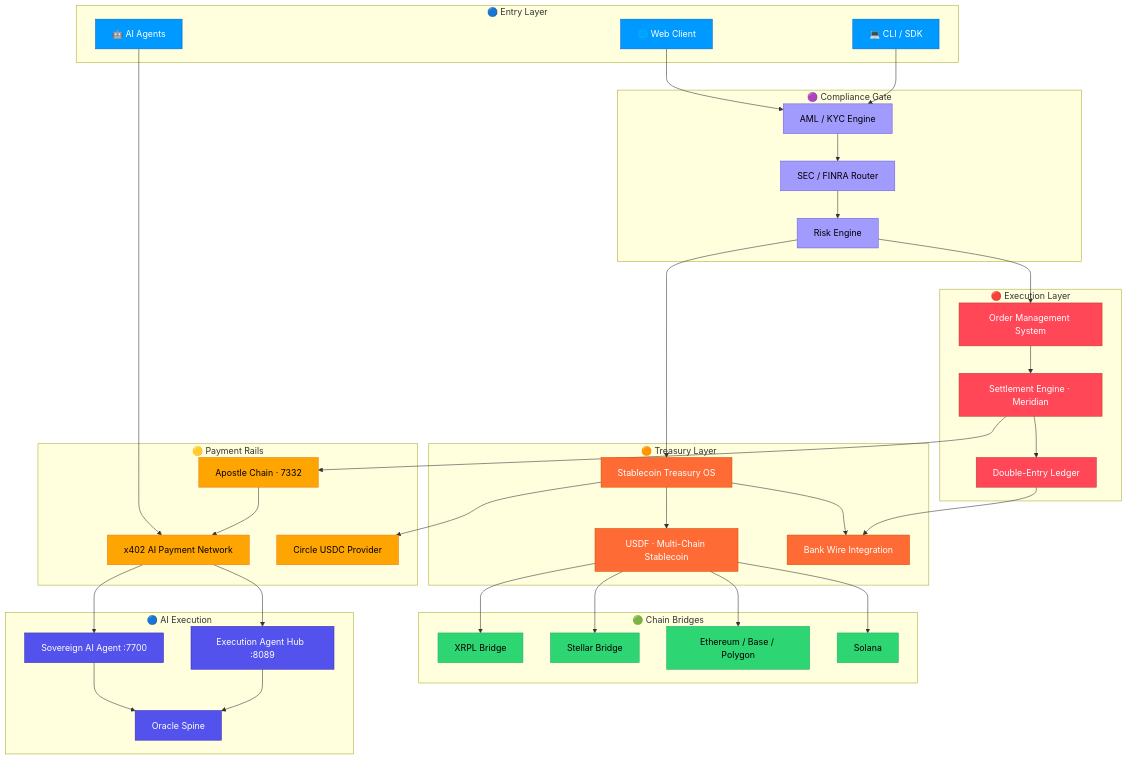
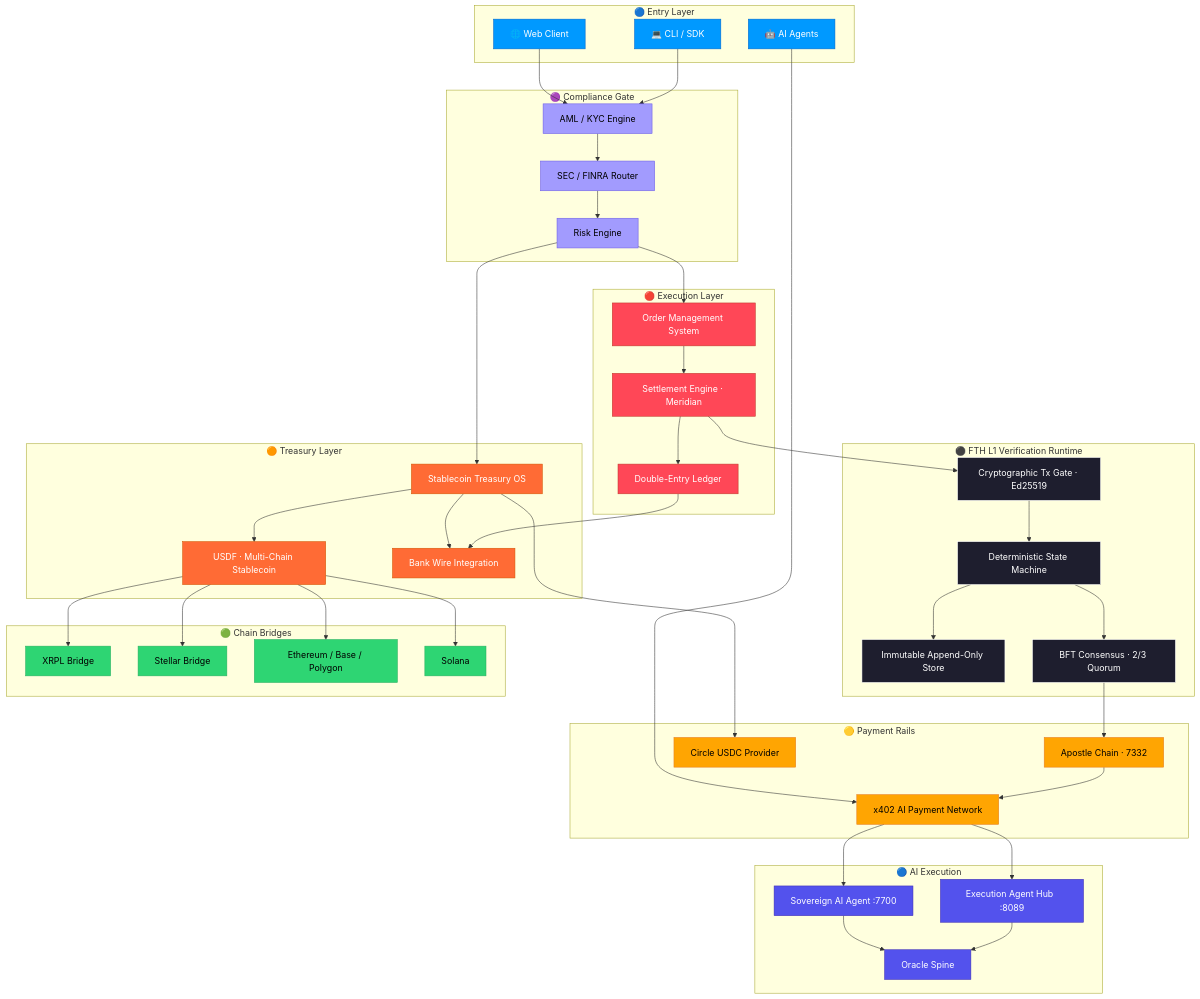
One commit to FTHTrading/M1 changed the first of 4 diagrams in README.md. Above: the diagram before and after it, drawn with Mermaid. The commit also changed other lines of this file and 1 other file, not shown here.

Commit message:
feat: integrate FTH L1 Runtime as fraud prevention and execution integrity layer - mermaid, components, security, site pillars, settlement lifecycle, institutional control layer

````diff
--- a/README.md
+++ b/README.md
@@ -111,6 +112,13 @@
         OMS["Order Management System"]
         SETTLE["Settlement Engine · Meridian"]
         LEDGER["Double-Entry Ledger"]
+    end
+
+    subgraph L1_LAYER["⚫  FTH L1 Verification Runtime"]
+        TEV["Cryptographic Tx Gate · Ed25519"]
+        MARS["Deterministic State Machine"]
+        TAR["Immutable Append-Only Store"]
+        CONS["BFT Consensus · 2/3 Quorum"]
     end
 
     subgraph TREASURY_LAYER["🟠  Treasury Layer"]
@@ -147,7 +155,11 @@
     RISK --> TSO
     OMS  --> SETTLE
     SETTLE --> LEDGER
-    SETTLE --> APO
+    SETTLE --> TEV
+    TEV    --> MARS
+    MARS   --> TAR
+    MARS   --> CONS
+    CONS   --> APO
     TSO  --> USDF
     TSO  --> BANK
     TSO  --> CIRCLE
@@ -162,6 +174,8 @@
     CLAW --> ORACLE
     LEDGER --> BANK
 
+    classDef l1 fill:#1e1e2e,stroke:#ffffff,color:#fff
+
     class WEB,CLI,AGT entry
     class OMS,SETTLE,LEDGER exec
     class TSO,USDF,BANK treasury
@@ -169,4 +183,5 @@
     class XRPL,XLM,ETH,SOL chain
     class FINN,CLAW,ORACLE ai
     class KYC,REG,RISK comp
+    class TEV,MARS,TAR,CONS l1
 ```
````
